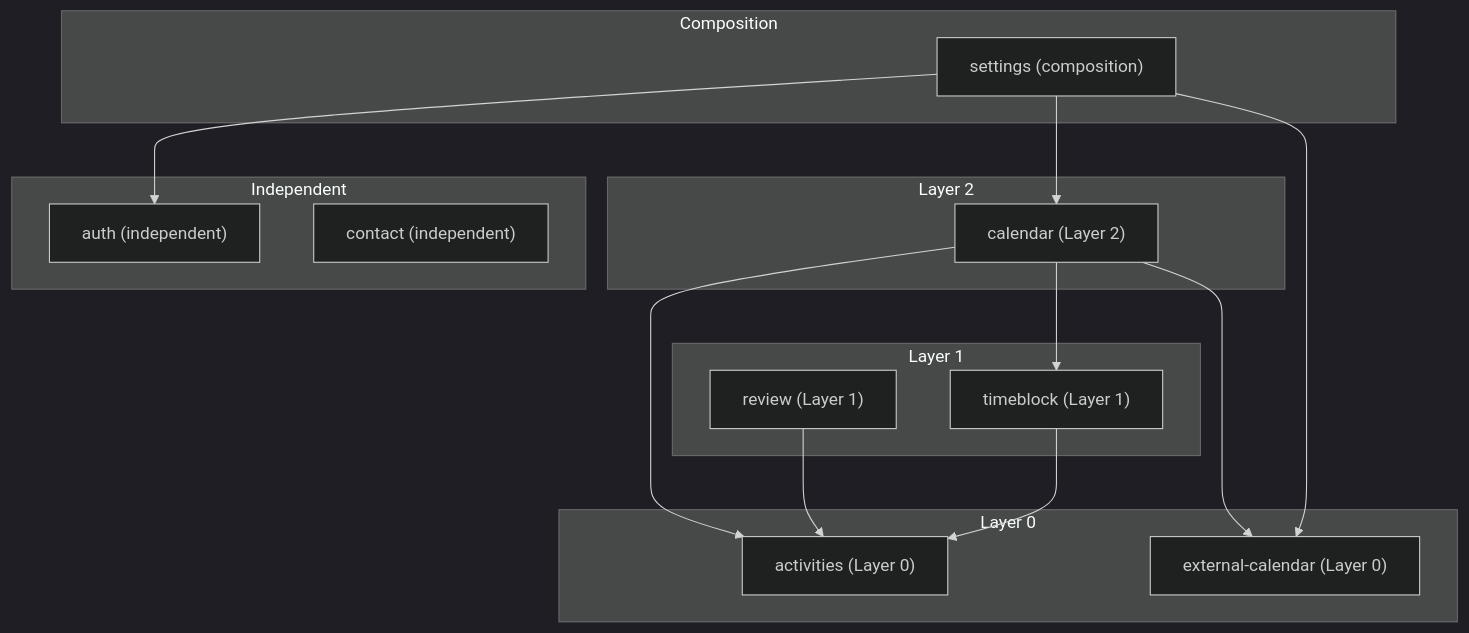
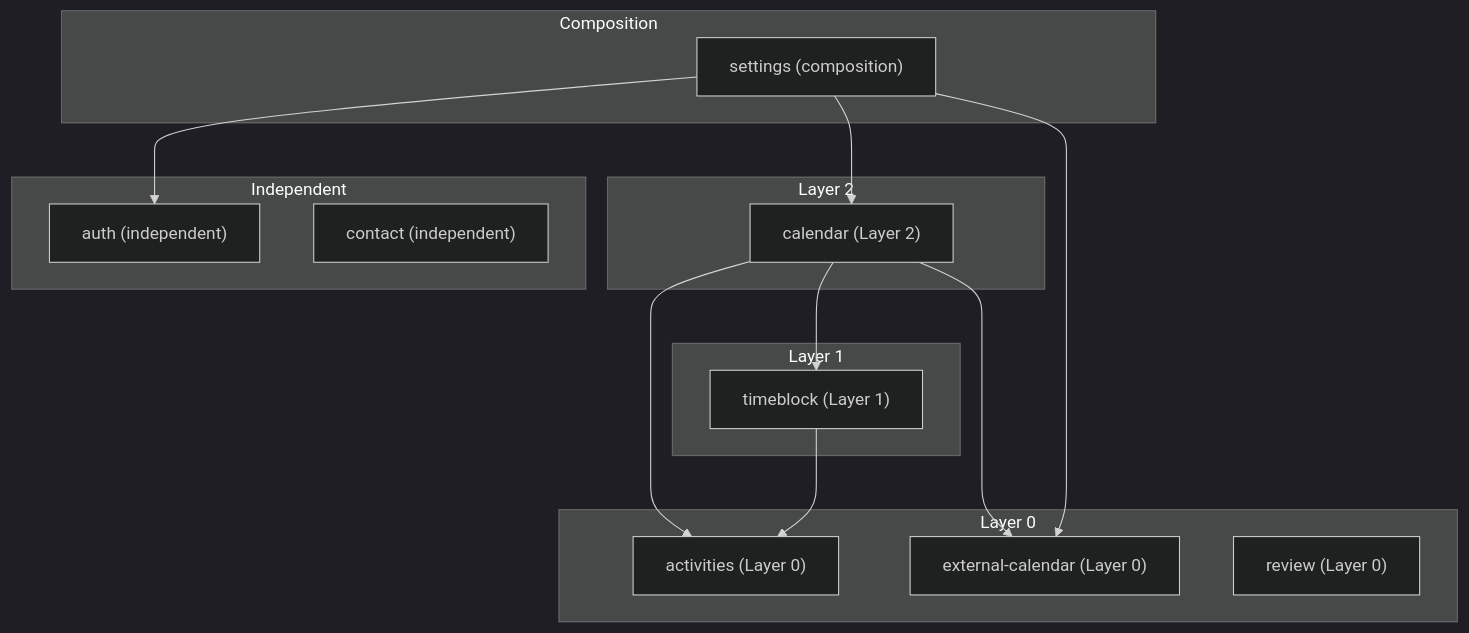
The third of 6 diagrams in docs/engineering/architecture.md (Dayopt/dayopt), drawn with Mermaid (dark theme) before and after one commit. The commit also changed other lines of this file and 295 other files, not shown here.

````diff
--- a/docs/engineering/architecture.md
+++ b/docs/engineering/architecture.md
@@ -170,29 +170,28 @@
 ```mermaid
 graph TD
   subgraph L0["Layer 0"]
     activities["activities (Layer 0)"]
     external_calendar["external-calendar (Layer 0)"]
+    review["review (Layer 0)"]
   end
   subgraph L1["Layer 1"]
-    review["review (Layer 1)"]
     timeblock["timeblock (Layer 1)"]
   end
   subgraph L2["Layer 2"]
     calendar["calendar (Layer 2)"]
   end
   subgraph Composition
     settings["settings (composition)"]
   end
   subgraph Independent
     auth["auth (independent)"]
     contact["contact (independent)"]
   end
   calendar --> activities
   calendar --> external_calendar
   calendar --> timeblock
-  review --> activities
   settings --> auth
   settings --> calendar
   settings --> external_calendar
   timeblock --> activities
 ```
````
